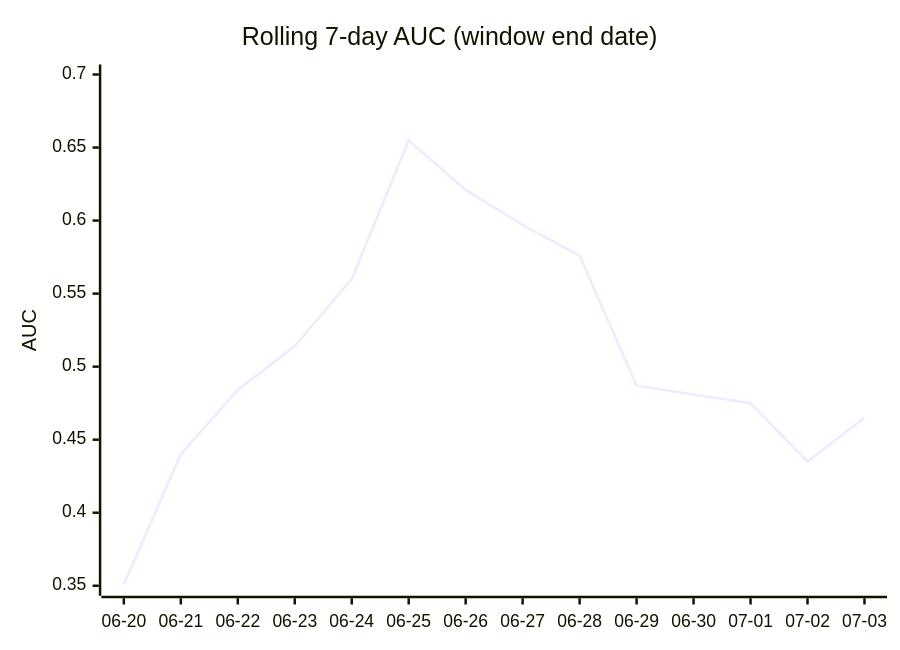
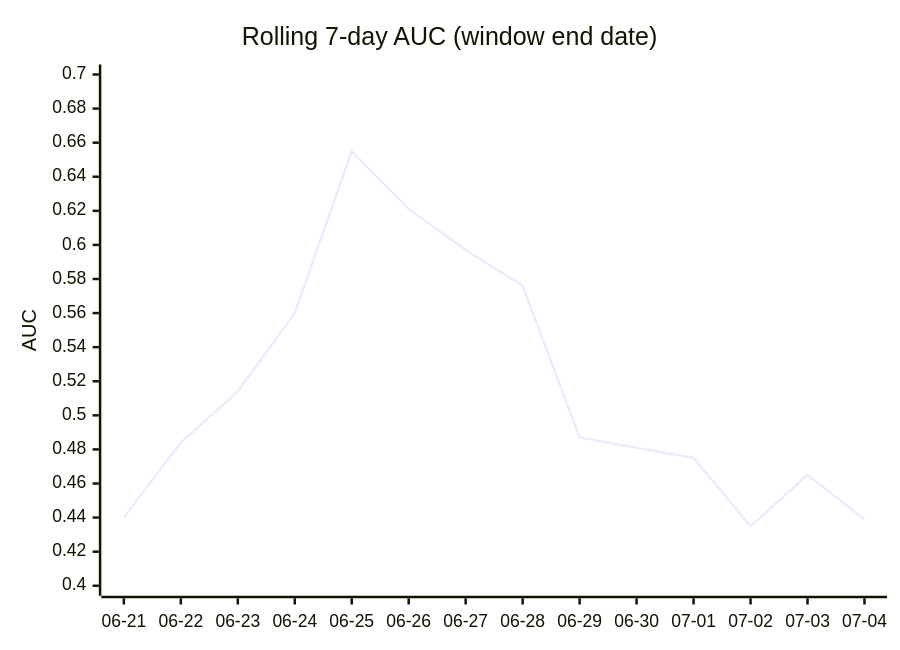
One commit to dpk1212/nhl-savant changed the fourth of 5 diagrams in DAILY_AGSU_REPORT.md. Above: the diagram before and after it, drawn with Mermaid. The commit also changed other lines of this file, not shown here.

````diff
--- a/DAILY_AGSU_REPORT.md
+++ b/DAILY_AGSU_REPORT.md
@@ -532,7 +533,7 @@
 ```mermaid
 xychart-beta
     title "Rolling 7-day AUC (window end date)"
-    x-axis ["06-20", "06-21", "06-22", "06-23", "06-24", "06-25", "06-26", "06-27", "06-28", "06-29", "06-30", "07-01", "07-02", "07-03"]
-    y-axis "AUC" 0.35 --> 0.7
-    line [0.351, 0.44, 0.484, 0.514, 0.56, 0.655, 0.621, 0.597, 0.576, 0.487, 0.481, 0.475, 0.435, 0.465]
+    x-axis ["06-21", "06-22", "06-23", "06-24", "06-25", "06-26", "06-27", "06-28", "06-29", "06-30", "07-01", "07-02", "07-03", "07-04"]
+    y-axis "AUC" 0.4 --> 0.7
+    line [0.44, 0.484, 0.514, 0.56, 0.655, 0.621, 0.597, 0.576, 0.487, 0.481, 0.475, 0.435, 0.465, 0.439]
 ```
````
